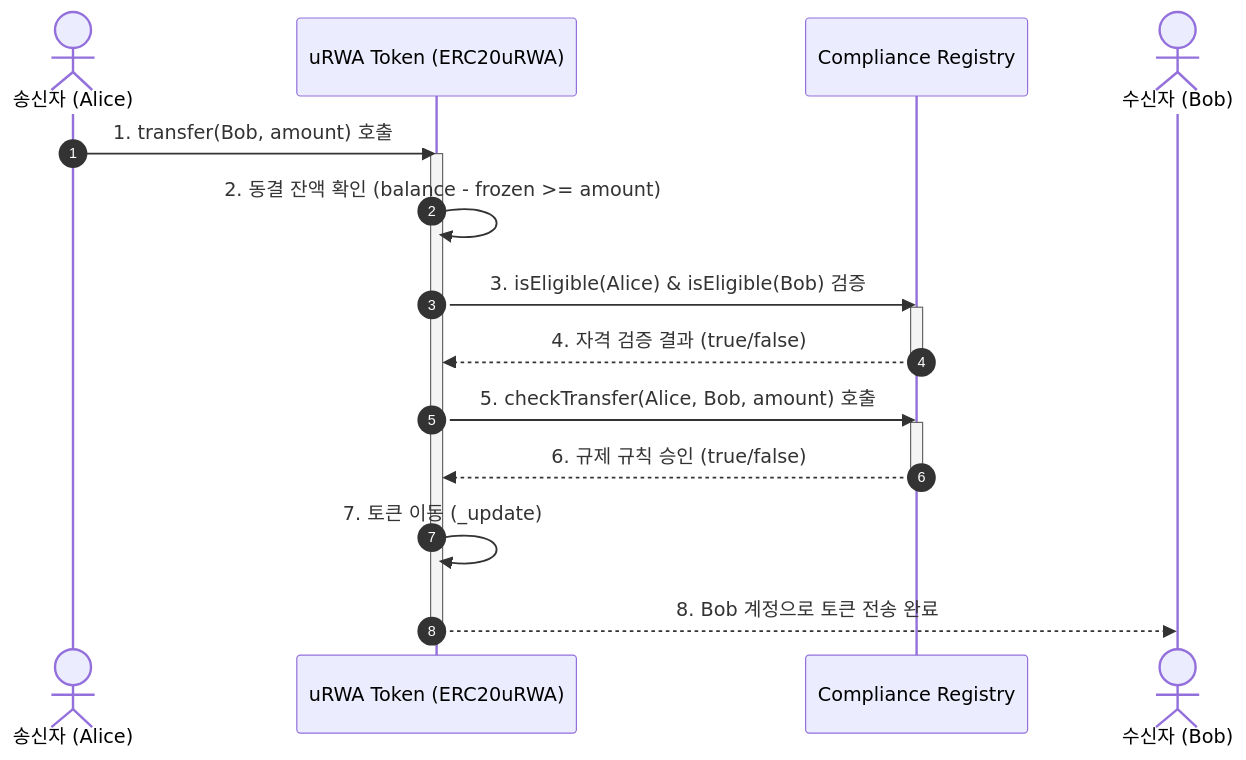
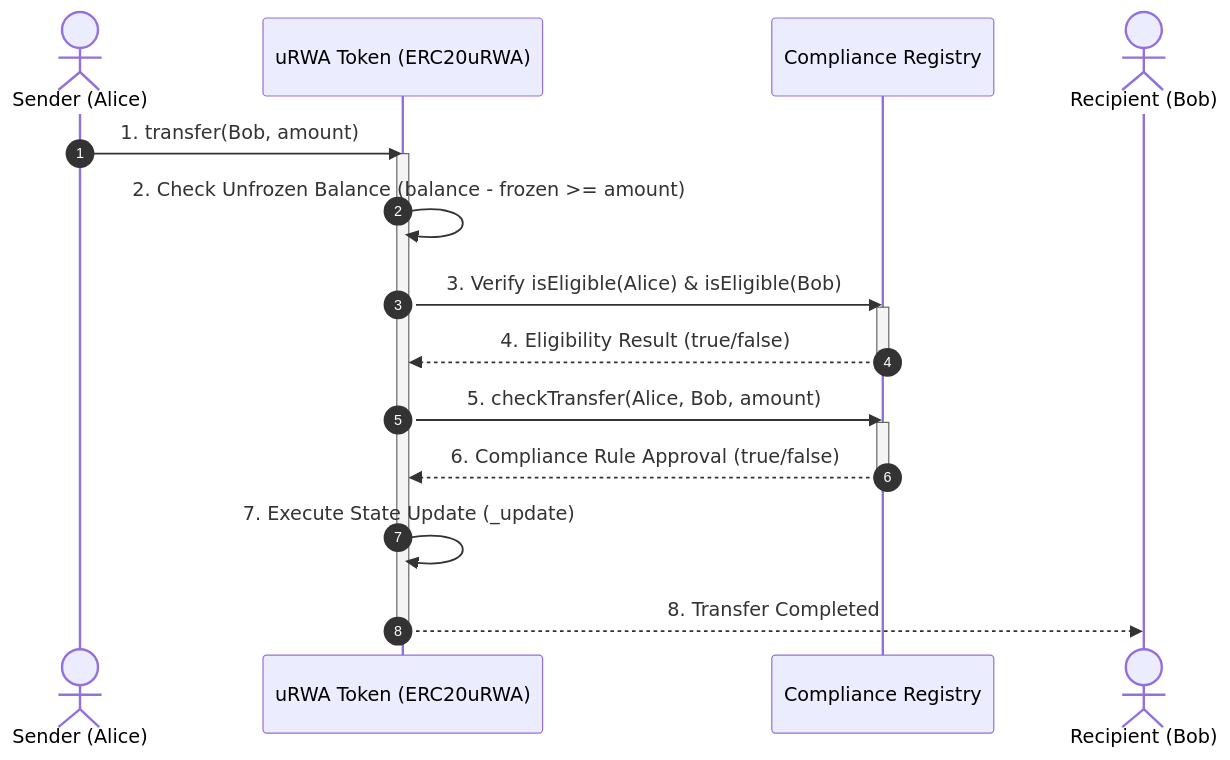
One commit to diver-jay/EIP-7943-sandbox changed the first of 3 diagrams in README.md. Above: the diagram before and after it, drawn with Mermaid. The commit also changed other lines of this file, not shown here.

Commit message:
docs: Update README with comprehensive English documentation, deployment details, and architecture diagrams

````diff
--- a/README.md
+++ b/README.md
@@ -18,23 +25,23 @@
 ```mermaid
 sequenceDiagram
     autonumber
-    actor Alice as 송신자 (Alice)
+    actor Alice as Sender (Alice)
     participant Token as uRWA Token (ERC20uRWA)
     participant Registry as Compliance Registry
-    actor Bob as 수신자 (Bob)
+    actor Bob as Recipient (Bob)
 
-    Alice->>Token: 1. transfer(Bob, amount) 호출
+    Alice->>Token: 1. transfer(Bob, amount)
     activate Token
-    Token->>Token: 2. 동결 잔액 확인 (balance - frozen >= amount)
-    Token->>Registry: 3. isEligible(Alice) & isEligible(Bob) 검증
+    Token->>Token: 2. Check Unfrozen Balance (balance - frozen >= amount)
+    Token->>Registry: 3. Verify isEligible(Alice) & isEligible(Bob)
     activate Registry
-    Registry-->>Token: 4. 자격 검증 결과 (true/false)
+    Registry-->>Token: 4. Eligibility Result (true/false)
     deactivate Registry
-    Token->>Registry: 5. checkTransfer(Alice, Bob, amount) 호출
+    Token->>Registry: 5. checkTransfer(Alice, Bob, amount)
     activate Registry
-    Registry-->>Token: 6. 규제 규칙 승인 (true/false)
+    Registry-->>Token: 6. Compliance Rule Approval (true/false)
     deactivate Registry
-    Token->>Token: 7. 토큰 이동 (_update)
-    Token-->>Bob: 8. Bob 계정으로 토큰 전송 완료
+    Token->>Token: 7. Execute State Update (_update)
+    Token-->>Bob: 8. Transfer Completed
     deactivate Token
 ```
````
